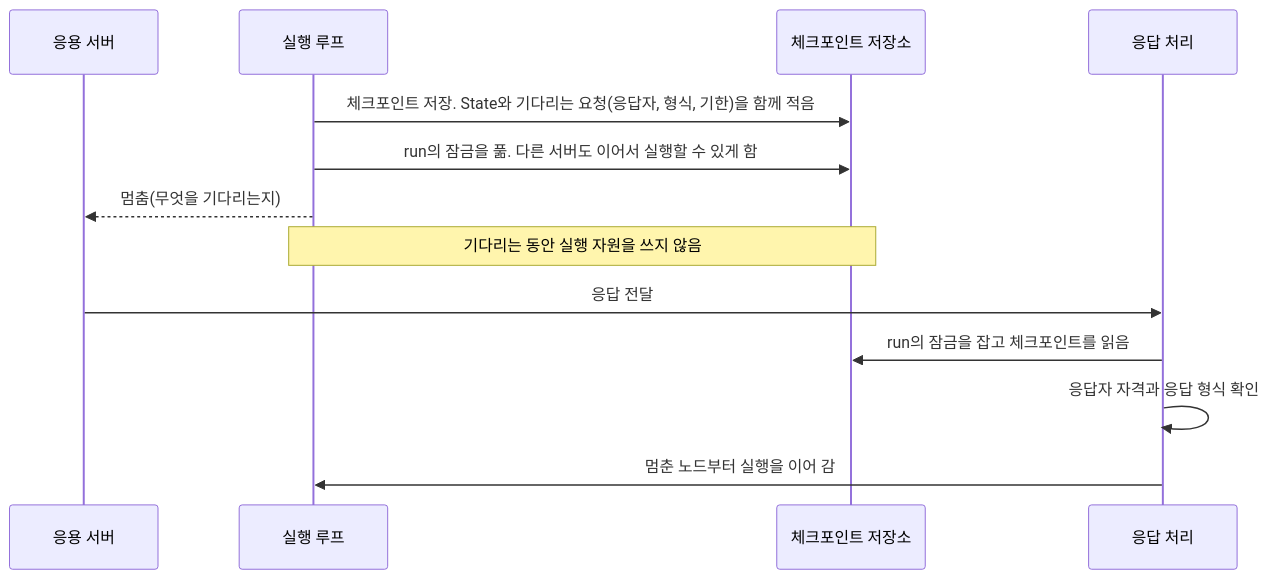
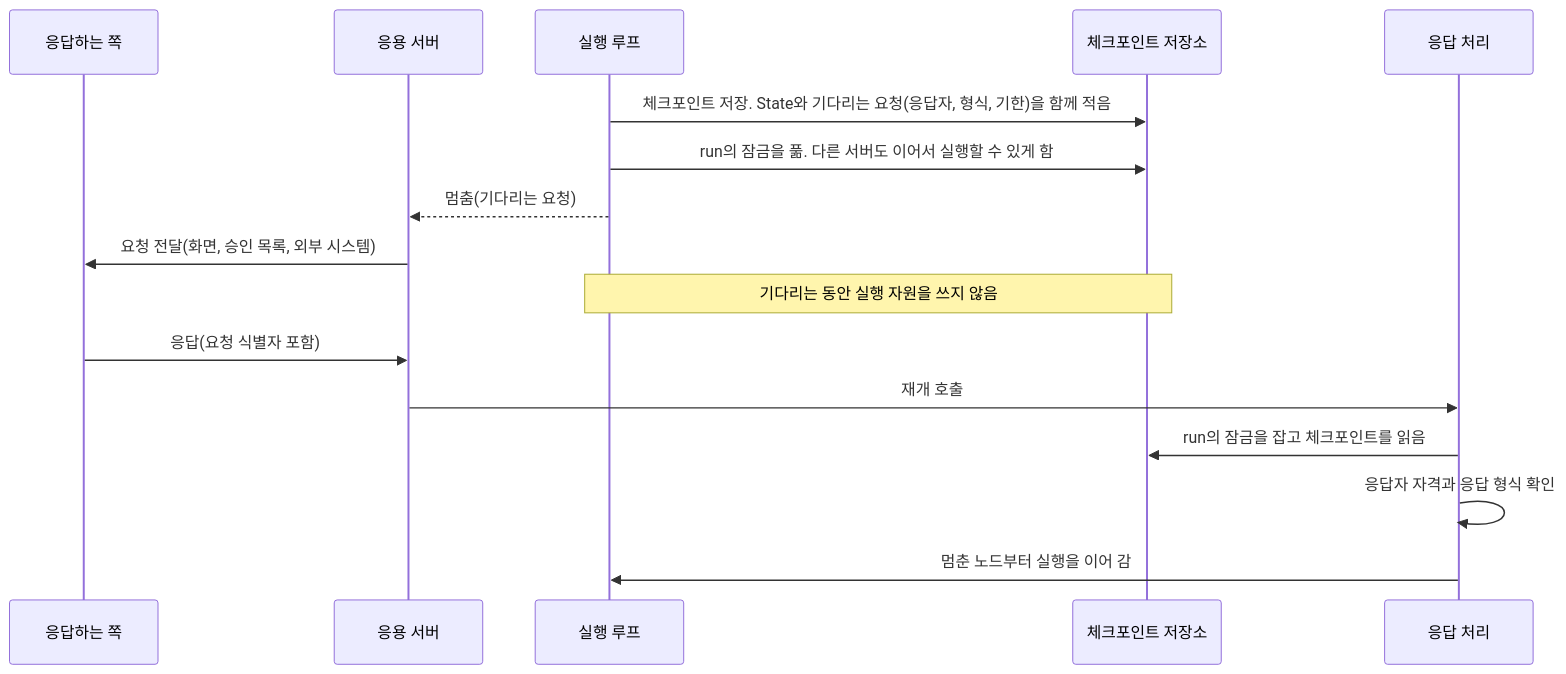
Before and after one commit to iwindfree/ai-agent-framework-architecture: the second of 3 diagrams in 00.architecture.md, drawn with Mermaid. The commit also changed other lines of this file, not shown here.

Commit message:
Rewrite pause and resume flow as bullets and explain how responses arrive

````diff
--- a/00.architecture.md
+++ b/00.architecture.md
@@ -213,15 +229,18 @@
 ```mermaid
 sequenceDiagram
+    participant U as 응답하는 쪽
     participant A as 응용 서버
     participant L as 실행 루프
     participant S as 체크포인트 저장소
     participant R as 응답 처리
     L->>S: 체크포인트 저장. State와 기다리는 요청(응답자, 형식, 기한)을 함께 적음
     L->>S: run의 잠금을 풂. 다른 서버도 이어서 실행할 수 있게 함
-    L-->>A: 멈춤(무엇을 기다리는지)
+    L-->>A: 멈춤(기다리는 요청)
+    A->>U: 요청 전달(화면, 승인 목록, 외부 시스템)
     Note over L,S: 기다리는 동안 실행 자원을 쓰지 않음
-    A->>R: 응답 전달
+    U->>A: 응답(요청 식별자 포함)
+    A->>R: 재개 호출
     R->>S: run의 잠금을 잡고 체크포인트를 읽음
     R->>R: 응답자 자격과 응답 형식 확인
     R->>L: 멈춘 노드부터 실행을 이어 감
 ```
````
